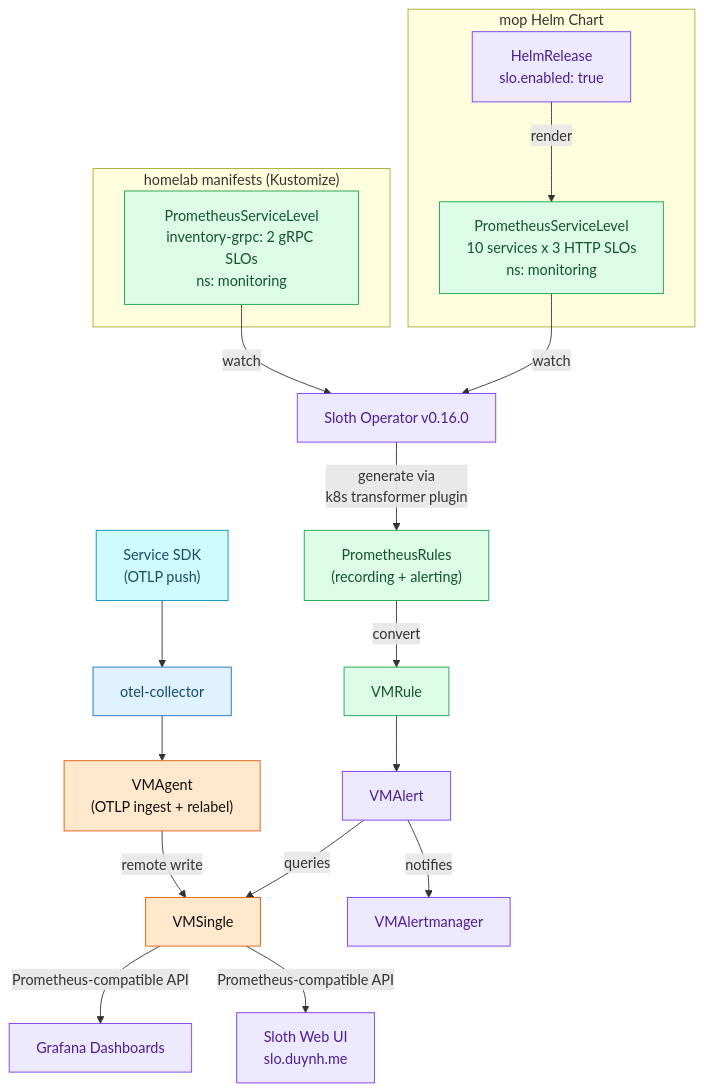
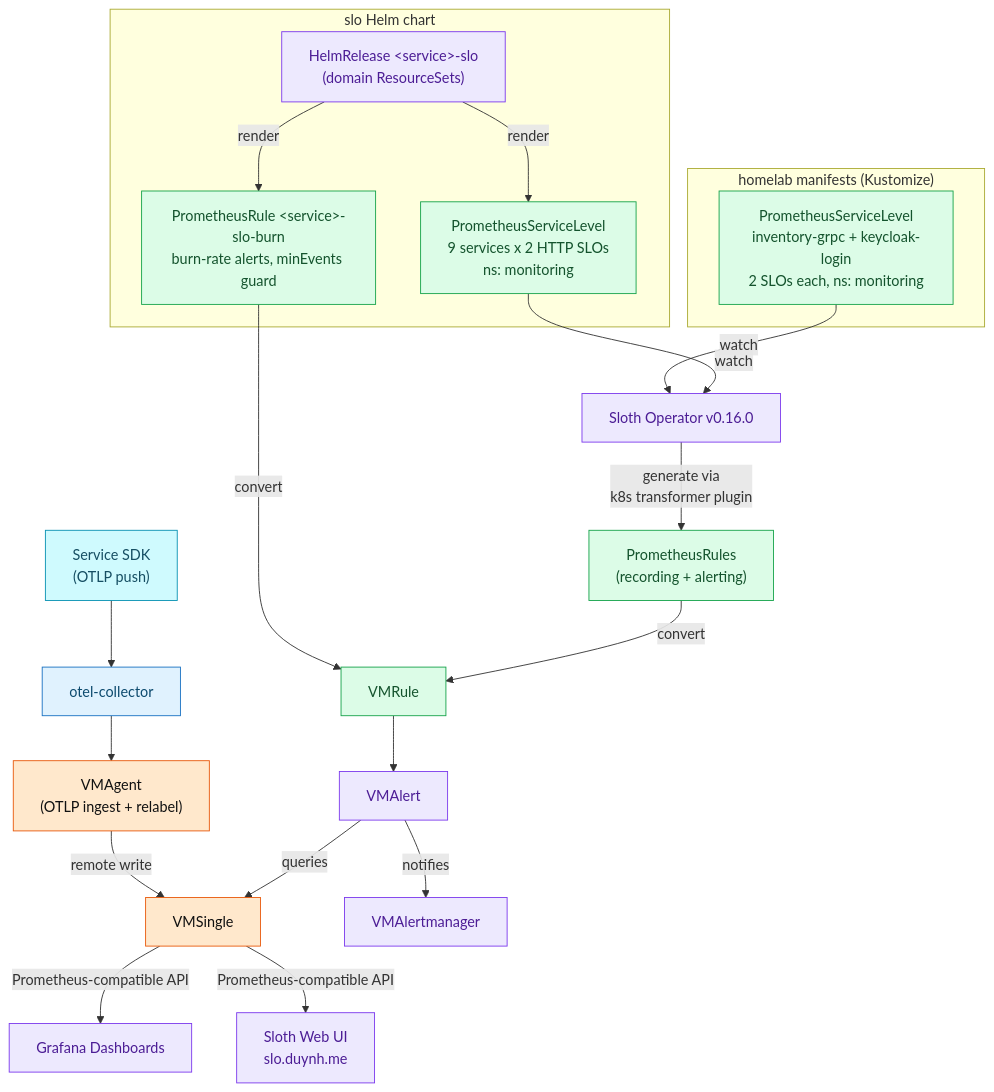
The diagram in docs/observability/slo/README.md (duynhlab/homelab), drawn with Mermaid before and after one commit. The commit also changed other lines of this file and 46 other files, not shown here.

First line of the commit message:
Deploy services with duynh and slo, drop mop (#1231)

````diff
--- a/docs/observability/slo/README.md
+++ b/docs/observability/slo/README.md
@@ -32,34 +30,36 @@
 ```mermaid
 flowchart TD
-    subgraph helmChart ["mop Helm Chart"]
-        HR["HelmRelease<br/>slo.enabled: true"] -->|render| PSL["PrometheusServiceLevel<br/>10 services x 3 HTTP SLOs<br/>ns: monitoring"]
+    subgraph helmChart ["slo Helm chart"]
+        HR["HelmRelease &lt;service&gt;-slo<br/>(domain ResourceSets)"] -->|render| PSL["PrometheusServiceLevel<br/>9 services x 2 HTTP SLOs<br/>ns: monitoring"]
+        HR -->|render| BURN["PrometheusRule &lt;service&gt;-slo-burn<br/>burn-rate alerts, minEvents guard"]
     end
 
     subgraph handWritten ["homelab manifests (Kustomize)"]
-        GRPC["PrometheusServiceLevel<br/>inventory-grpc: 2 gRPC SLOs<br/>ns: monitoring"]
+        GRPC["PrometheusServiceLevel<br/>inventory-grpc + keycloak-login<br/>2 SLOs each, ns: monitoring"]
     end
 
     PSL -->|watch| Sloth["Sloth Operator v0.16.0"]
     GRPC -->|watch| Sloth
     Sloth -->|generate via<br/>k8s transformer plugin| PR["PrometheusRules<br/>(recording + alerting)"]
     PR -->|convert| VMR["VMRule"]
+    BURN -->|convert| VMR
     VMR --> VMA["VMAlert"]
     VMA -->|queries| VMS["VMSingle"]
     VMA -->|notifies| VMAM["VMAlertmanager"]
     VMS -->|Prometheus-compatible API| Grafana["Grafana Dashboards"]
     VMS -->|Prometheus-compatible API| SlothUI["Sloth Web UI<br/>slo.duynh.me"]
 
     App["Service SDK<br/>(OTLP push)"] --> OC["otel-collector"]
     OC --> VMAgent["VMAgent<br/>(OTLP ingest + relabel)"]
     VMAgent -->|remote write| VMS
     classDef service fill:#cffafe,color:#164e63,stroke:#0891b2;
     classDef data fill:#dcfce7,color:#14532d,stroke:#16a34a;
     classDef metric fill:#ffe8cc,color:#111,stroke:#e8590c;
     classDef collector fill:#e0f2fe,color:#0c4a6e,stroke:#1971c2;
     classDef platform fill:#ede9fe,color:#4c1d95,stroke:#7c3aed;
     class App service;
     class OC collector;
-    class PSL,GRPC,PR,VMR data;
+    class PSL,GRPC,PR,VMR,BURN data;
     class VMS,VMAgent metric;
     class HR,Sloth,VMA,VMAM,Grafana,SlothUI platform;
 ```
````
